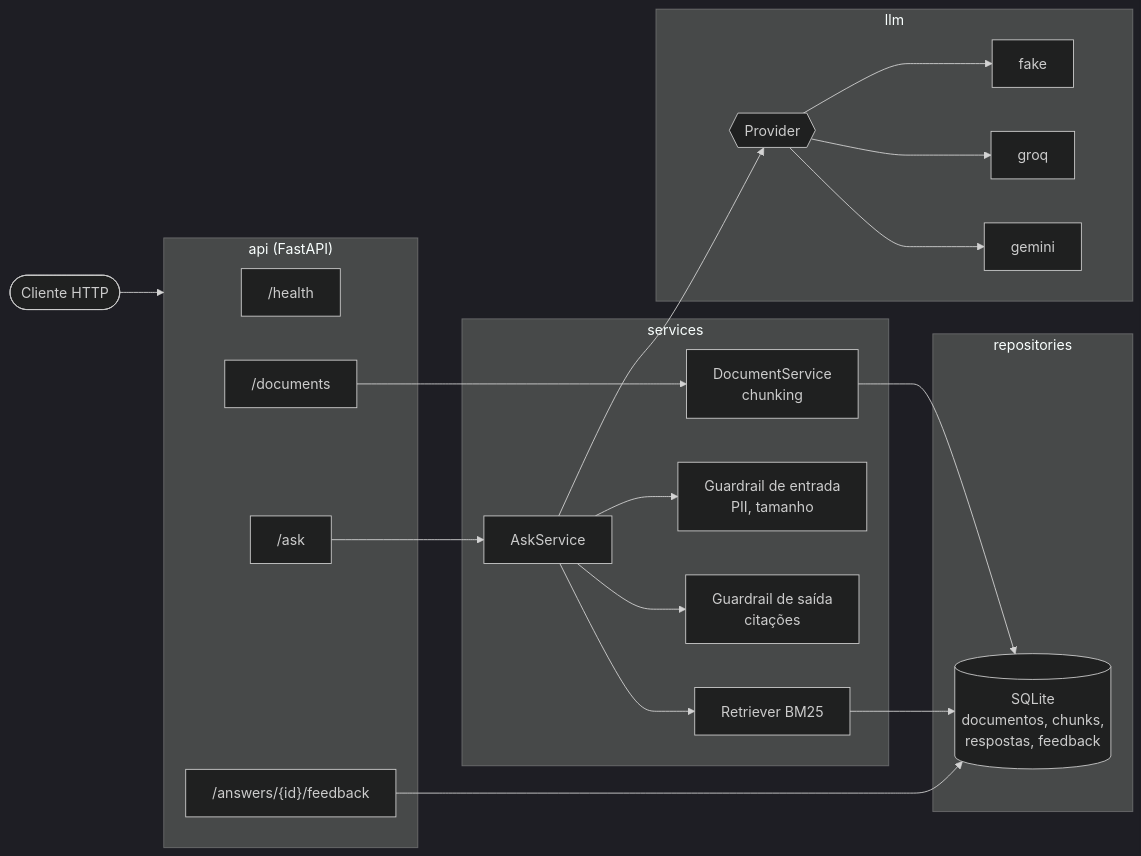
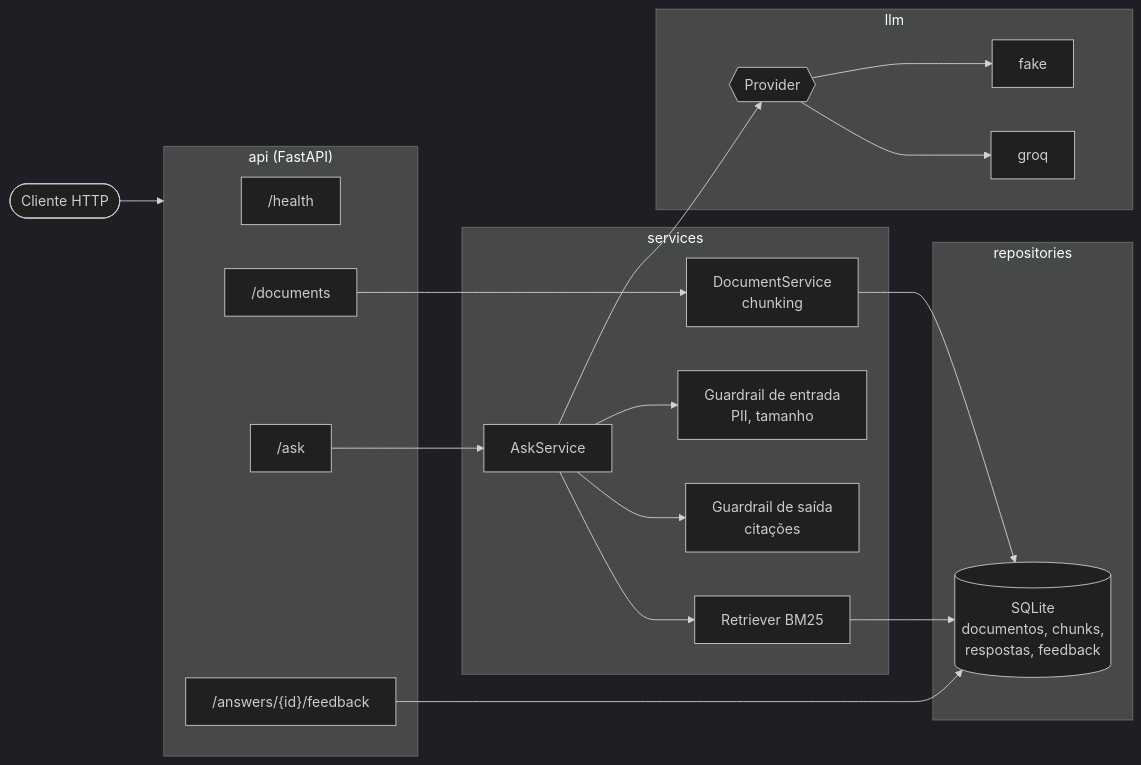
Before and after one commit to ronenfilho/lion-api: the diagram in docs/arquitetura.md, drawn with Mermaid (dark theme). The commit also changed 7 other files, not shown here.

````diff
--- a/docs/arquitetura.md
+++ b/docs/arquitetura.md
@@ -3,40 +3,39 @@
 ```mermaid
 flowchart LR
     Cliente([Cliente HTTP])
 
     subgraph API["api (FastAPI)"]
         R1["/health"]
         R2["/documents"]
         R3["/ask"]
         R4["/answers/{id}/feedback"]
     end
 
     subgraph Services["services"]
         DS[DocumentService<br/>chunking]
         AS[AskService]
         GIn[Guardrail de entrada<br/>PII, tamanho]
         GOut[Guardrail de saída<br/>citações]
         RET[Retriever BM25]
     end
 
     subgraph LLM["llm"]
         P{{Provider}}
         F[fake]
         G[groq]
-        M[gemini]
     end
 
     subgraph Repo["repositories"]
         DB[(SQLite<br/>documentos, chunks,<br/>respostas, feedback)]
     end
 
     Cliente --> API
     R2 --> DS --> DB
     R3 --> AS
     AS --> GIn
     AS --> RET --> DB
     AS --> P
-    P --> F & G & M
+    P --> F & G
     AS --> GOut
     R4 --> DB
 ```
````
